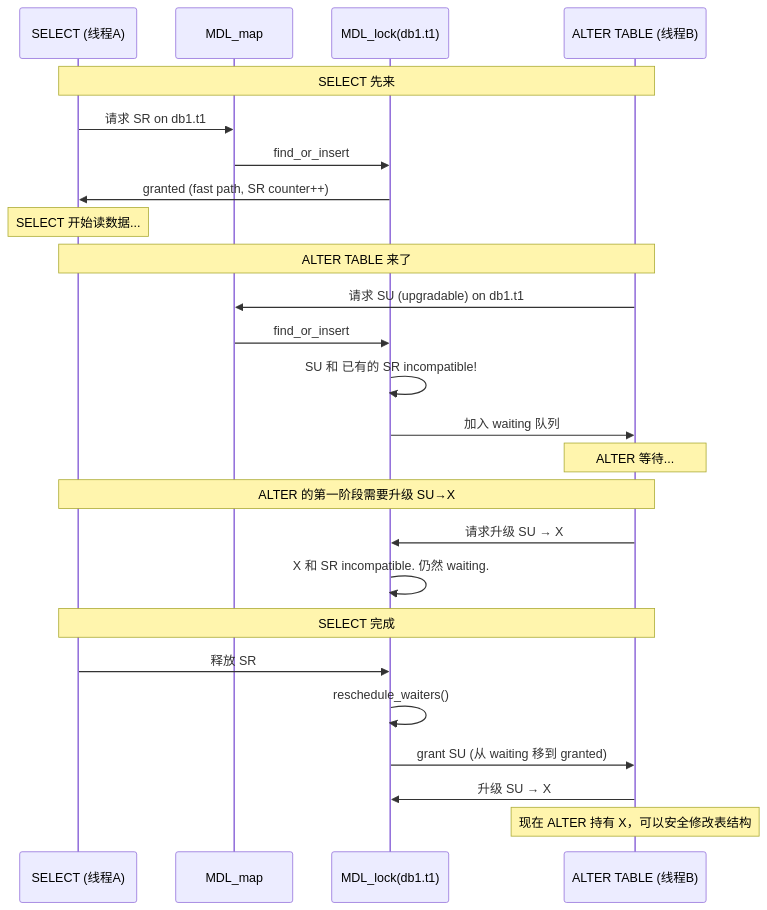
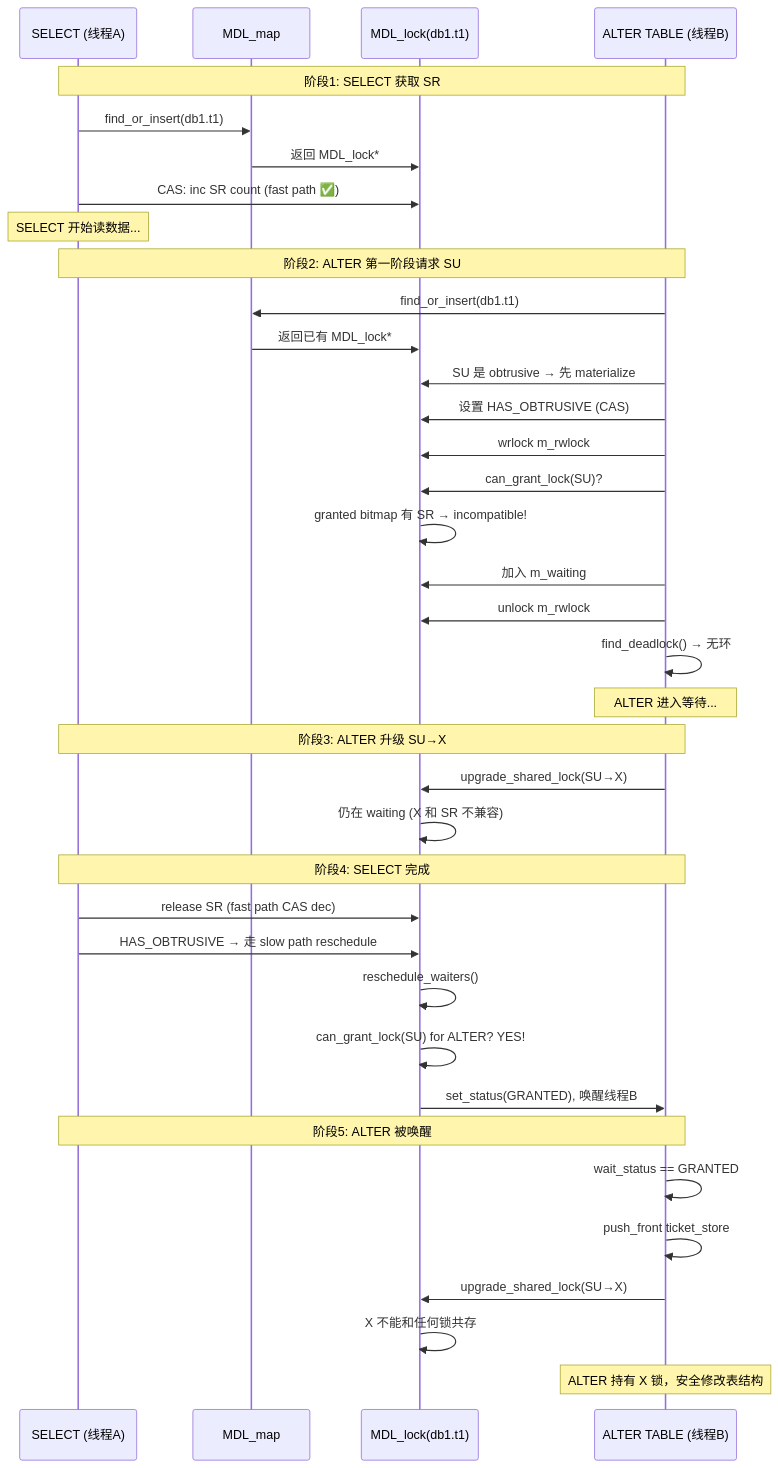
The third of 3 diagrams in content/2026-05-17-mysql-mdl-source-analysis.md (Aqiu16717/mysql-notes), drawn with Mermaid before and after one commit. The commit also changed other lines of this file, not shown here.

First line of the commit message:
Deepen MDL source analysis (v2): CAS loop, deadlock DFS, bitmap logic

````diff
--- a/content/2026-05-17-mysql-mdl-source-analysis.md
+++ b/content/2026-05-17-mysql-mdl-source-analysis.md
@@ -388,31 +663,44 @@
 ```mermaid
 sequenceDiagram
     participant S as SELECT (线程A)
     participant M as MDL_map
     participant L as MDL_lock(db1.t1)
     participant A as ALTER TABLE (线程B)
     
-    Note over S,A: SELECT 先来
-    S->>M: 请求 SR on db1.t1
-    M->>L: find_or_insert
-    L->>S: granted (fast path, SR counter++)
+    Note over S,A: 阶段1: SELECT 获取 SR
+    S->>M: find_or_insert(db1.t1)
+    M->>L: 返回 MDL_lock*
+    S->>L: CAS: inc SR count (fast path ✅)
     Note over S: SELECT 开始读数据...
     
-    Note over S,A: ALTER TABLE 来了
-    A->>M: 请求 SU (upgradable) on db1.t1
-    M->>L: find_or_insert
-    L->>L: SU 和 已有的 SR incompatible!
-    L->>A: 加入 waiting 队列
-    Note over A: ALTER 等待...
+    Note over S,A: 阶段2: ALTER 第一阶段请求 SU
+    A->>M: find_or_insert(db1.t1)
+    M->>L: 返回已有 MDL_lock*
+    A->>L: SU 是 obtrusive → 先 materialize
+    A->>L: 设置 HAS_OBTRUSIVE (CAS)
+    A->>L: wrlock m_rwlock
+    A->>L: can_grant_lock(SU)?
+    L->>L: granted bitmap 有 SR → incompatible!
+    A->>L: 加入 m_waiting
+    A->>L: unlock m_rwlock
+    A->>A: find_deadlock() → 无环
+    Note over A: ALTER 进入等待...
     
-    Note over S,A: ALTER 的第一阶段需要升级 SU→X
-    A->>L: 请求升级 SU → X
-    L->>L: X 和 SR incompatible. 仍然 waiting.
+    Note over S,A: 阶段3: ALTER 升级 SU→X
+    A->>L: upgrade_shared_lock(SU→X)
+    L->>L: 仍在 waiting (X 和 SR 不兼容)
     
-    Note over S,A: SELECT 完成
-    S->>L: 释放 SR
+    Note over S,A: 阶段4: SELECT 完成
+    S->>L: release SR (fast path CAS dec)
+    S->>L: HAS_OBTRUSIVE → 走 slow path reschedule
     L->>L: reschedule_waiters()
-    L->>A: grant SU (从 waiting 移到 granted)
-    A->>L: 升级 SU → X
-    Note over A: 现在 ALTER 持有 X，可以安全修改表结构
+    L->>L: can_grant_lock(SU) for ALTER? YES!
+    L->>A: set_status(GRANTED), 唤醒线程B
+    
+    Note over S,A: 阶段5: ALTER 被唤醒
+    A->>A: wait_status == GRANTED
+    A->>A: push_front ticket_store
+    A->>L: upgrade_shared_lock(SU→X)
+    L->>L: X 不能和任何锁共存
+    Note over A: ALTER 持有 X 锁，安全修改表结构
 ```
````
